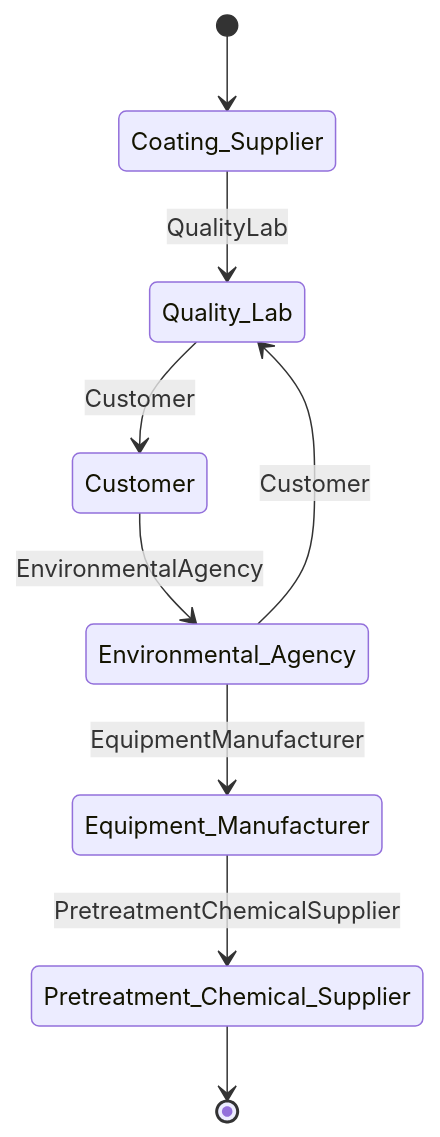
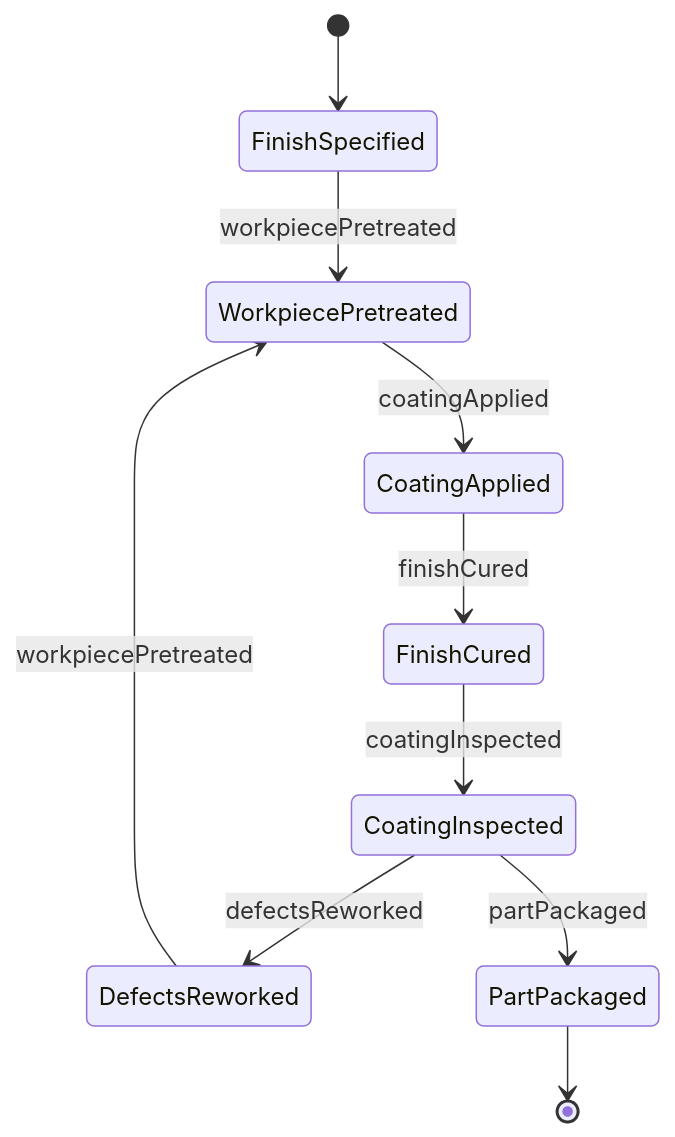
The second of 4 diagrams in HandlingAndMovingObjects/ApplyProtectiveSolutionsOrCoatings/ApplyProtectiveDecorativeFinishesWorkpieces.mdx (dot-org-ai/tasks.org.ai), drawn with Mermaid before and after one commit. The commit also changed other lines of this file and 40 other files, not shown here.

First line of the commit message:
fix: Replace Actor-based ER and State diagrams with Entity/Event-based diagrams in 41 HandlingAndMovingObjects DWA files

````diff
--- a/HandlingAndMovingObjects/ApplyProtectiveSolutionsOrCoatings/ApplyProtectiveDecorativeFinishesWorkpieces.mdx
+++ b/HandlingAndMovingObjects/ApplyProtectiveSolutionsOrCoatings/ApplyProtectiveDecorativeFinishesWorkpieces.mdx
@@ -101,11 +99,12 @@
 ```mermaid
 stateDiagram-v2
-    [*] --> Coating_Supplier
-    Coating_Supplier --> Quality_Lab: QualityLab
-    Quality_Lab --> Customer: Customer
-    Customer --> Environmental_Agency: EnvironmentalAgency
-    Environmental_Agency --> Equipment_Manufacturer: EquipmentManufacturer
-    Equipment_Manufacturer --> Pretreatment_Chemical_Supplier: PretreatmentChemicalSupplier
-    Environmental_Agency --> Quality_Lab: Customer
-    Pretreatment_Chemical_Supplier --> [*]
+    [*] --> FinishSpecified
+    FinishSpecified --> WorkpiecePretreated : workpiecePretreated
+    WorkpiecePretreated --> CoatingApplied : coatingApplied
+    CoatingApplied --> FinishCured : finishCured
+    FinishCured --> CoatingInspected : coatingInspected
+    CoatingInspected --> DefectsReworked : defectsReworked
+    DefectsReworked --> WorkpiecePretreated : workpiecePretreated
+    CoatingInspected --> PartPackaged : partPackaged
+    PartPackaged --> [*]
 ```
````
